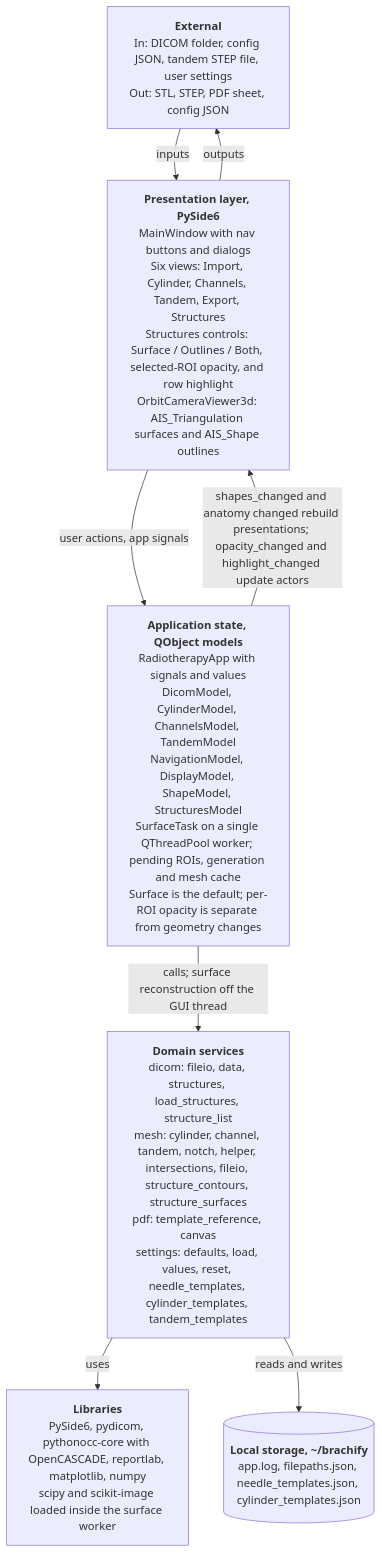
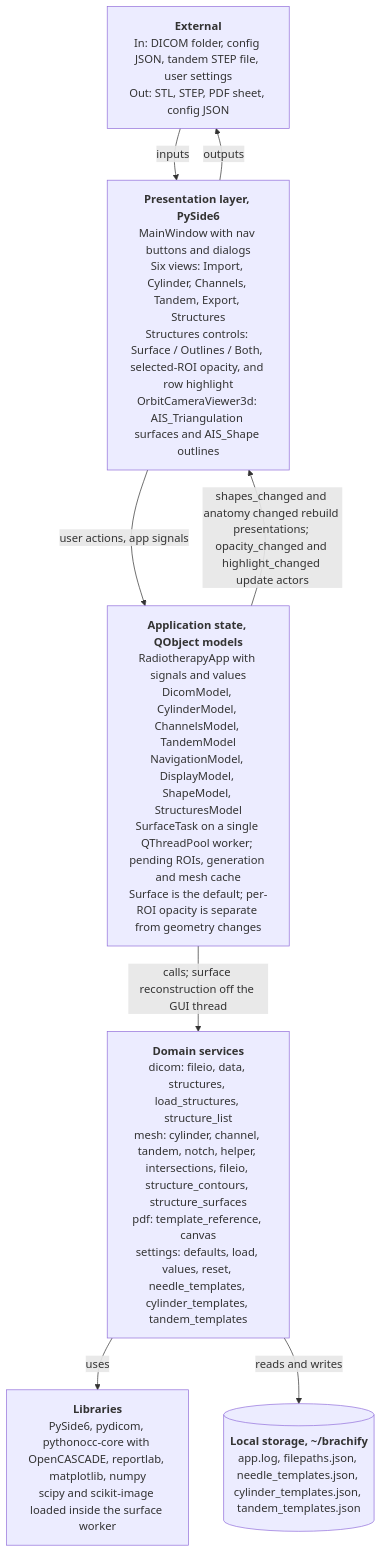
One commit to COSC-499-W2026/capstone-project-team-10 changed the diagram in docs/architecture/diagrams/system-architecture.mmd. Above: the diagram before and after it, drawn with Mermaid. The commit also changed 1 other file, not shown here.

Commit message:
docs: name tandem_templates.json in local storage

```diff
--- a/docs/architecture/diagrams/system-architecture.mmd
+++ b/docs/architecture/diagrams/system-architecture.mmd
@@ -1,17 +1,17 @@
 %% title: System architecture
 %% alt: System architecture of brachify, a layered desktop application with a presentation layer, application state, domain services, third party libraries and local storage
 flowchart TB
   ext["<b>External</b><br/>In: DICOM folder, config JSON, tandem STEP file, user settings<br/>Out: STL, STEP, PDF sheet, config JSON"]
   pres["<b>Presentation layer, PySide6</b><br/>MainWindow with nav buttons and dialogs<br/>Six views: Import, Cylinder, Channels, Tandem, Export, Structures<br/>Structures controls: Surface / Outlines / Both, selected-ROI opacity, and row highlight<br/>OrbitCameraViewer3d: AIS_Triangulation surfaces and AIS_Shape outlines"]
   state["<b>Application state, QObject models</b><br/>RadiotherapyApp with signals and values<br/>DicomModel, CylinderModel, ChannelsModel, TandemModel<br/>NavigationModel, DisplayModel, ShapeModel, StructuresModel<br/>SurfaceTask on a single QThreadPool worker; pending ROIs, generation and mesh cache<br/>Surface is the default; per-ROI opacity is separate from geometry changes"]
   domain["<b>Domain services</b><br/>dicom: fileio, data, structures, load_structures, structure_list<br/>mesh: cylinder, channel, tandem, notch, helper, intersections, fileio, structure_contours, structure_surfaces<br/>pdf: template_reference, canvas<br/>settings: defaults, load, values, reset, needle_templates, cylinder_templates, tandem_templates"]
   lib["<b>Libraries</b><br/>PySide6, pydicom, pythonocc-core with OpenCASCADE, reportlab, matplotlib, numpy<br/>scipy and scikit-image loaded inside the surface worker"]
-  disk[("<b>Local storage, ~/brachify</b><br/>app.log, filepaths.json, needle_templates.json, cylinder_templates.json")]
+  disk[("<b>Local storage, ~/brachify</b><br/>app.log, filepaths.json, needle_templates.json, cylinder_templates.json, tandem_templates.json")]
 
   ext -->|"inputs"| pres
   pres -->|"outputs"| ext
   pres -->|"user actions, app signals"| state
   state -->|"shapes_changed and anatomy changed rebuild presentations; opacity_changed and highlight_changed update actors"| pres
   state -->|"calls; surface reconstruction off the GUI thread"| domain
   domain -->|"uses"| lib
   domain -->|"reads and writes"| disk
```
